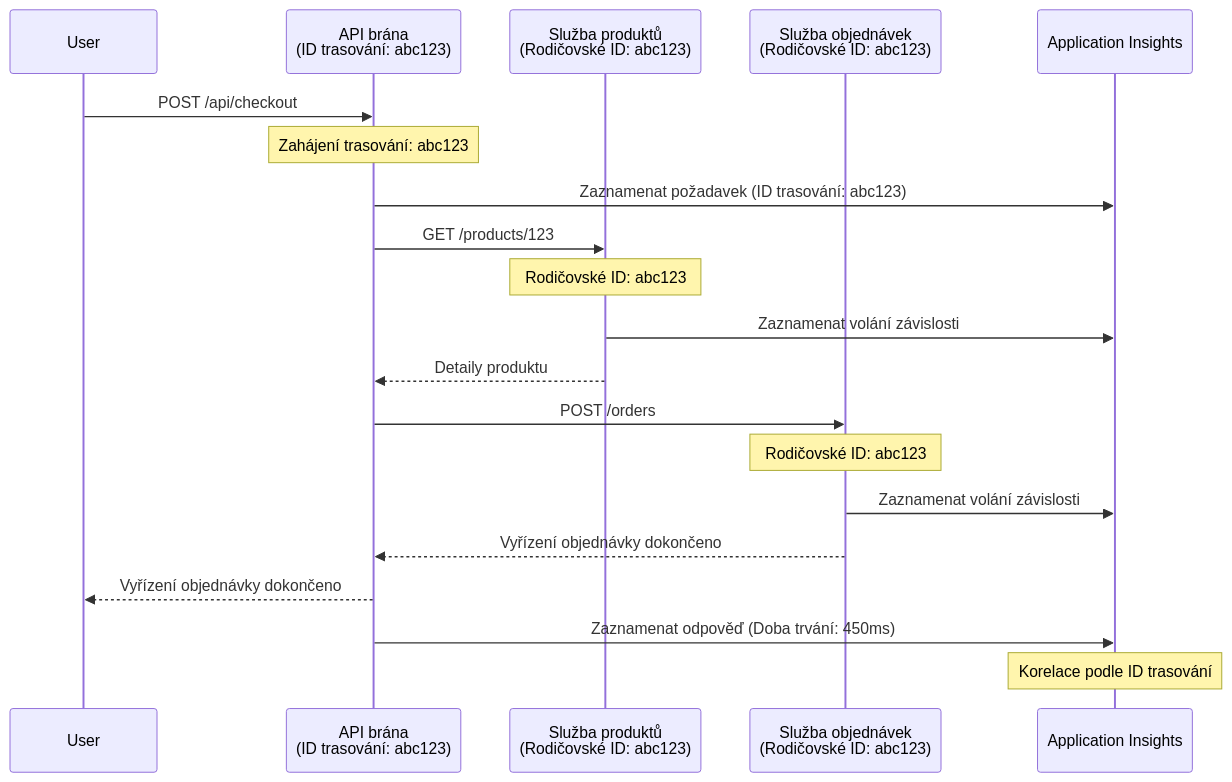
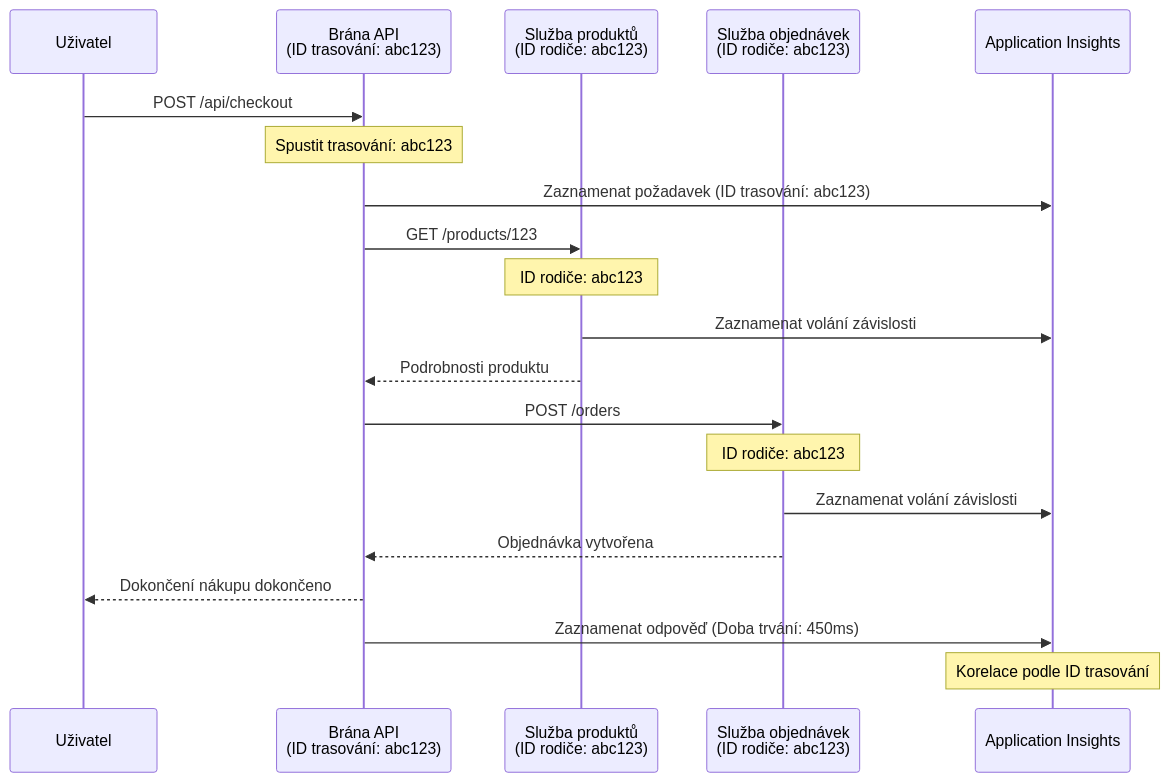
The second of 2 diagrams in translations/cs/docs/chapter-06-pre-deployment/application-insights.md (microsoft/AZD-for-beginners), drawn with Mermaid before and after one commit. The commit also changed other lines of this file and 101 other files, not shown here.

````diff
--- a/translations/cs/docs/chapter-06-pre-deployment/application-insights.md
+++ b/translations/cs/docs/chapter-06-pre-deployment/application-insights.md
@@ -744,27 +744,27 @@
 ```mermaid
 sequenceDiagram
-    participant User
-    participant Gateway as API brána<br/>(ID trasování: abc123)
-    participant Product as Služba produktů<br/>(Rodičovské ID: abc123)
-    participant Order as Služba objednávek<br/>(Rodičovské ID: abc123)
+    participant User as Uživatel
+    participant Gateway as Brána API<br/>(ID trasování: abc123)
+    participant Product as Služba produktů<br/>(ID rodiče: abc123)
+    participant Order as Služba objednávek<br/>(ID rodiče: abc123)
     participant AppInsights as Application Insights
     
     User->>Gateway: POST /api/checkout
-    Note over Gateway: Zahájení trasování: abc123
+    Note over Gateway: Spustit trasování: abc123
     Gateway->>AppInsights: Zaznamenat požadavek (ID trasování: abc123)
     
     Gateway->>Product: GET /products/123
-    Note over Product: Rodičovské ID: abc123
+    Note over Product: ID rodiče: abc123
     Product->>AppInsights: Zaznamenat volání závislosti
-    Product-->>Gateway: Detaily produktu
+    Product-->>Gateway: Podrobnosti produktu
     
     Gateway->>Order: POST /orders
-    Note over Order: Rodičovské ID: abc123
+    Note over Order: ID rodiče: abc123
     Order->>AppInsights: Zaznamenat volání závislosti
-    Order-->>Gateway: Vyřízení objednávky dokončeno
+    Order-->>Gateway: Objednávka vytvořena
     
-    Gateway-->>User: Vyřízení objednávky dokončeno
+    Gateway-->>User: Dokončení nákupu dokončeno
     Gateway->>AppInsights: Zaznamenat odpověď (Doba trvání: 450ms)
     
     Note over AppInsights: Korelace podle ID trasování
 ```
````
